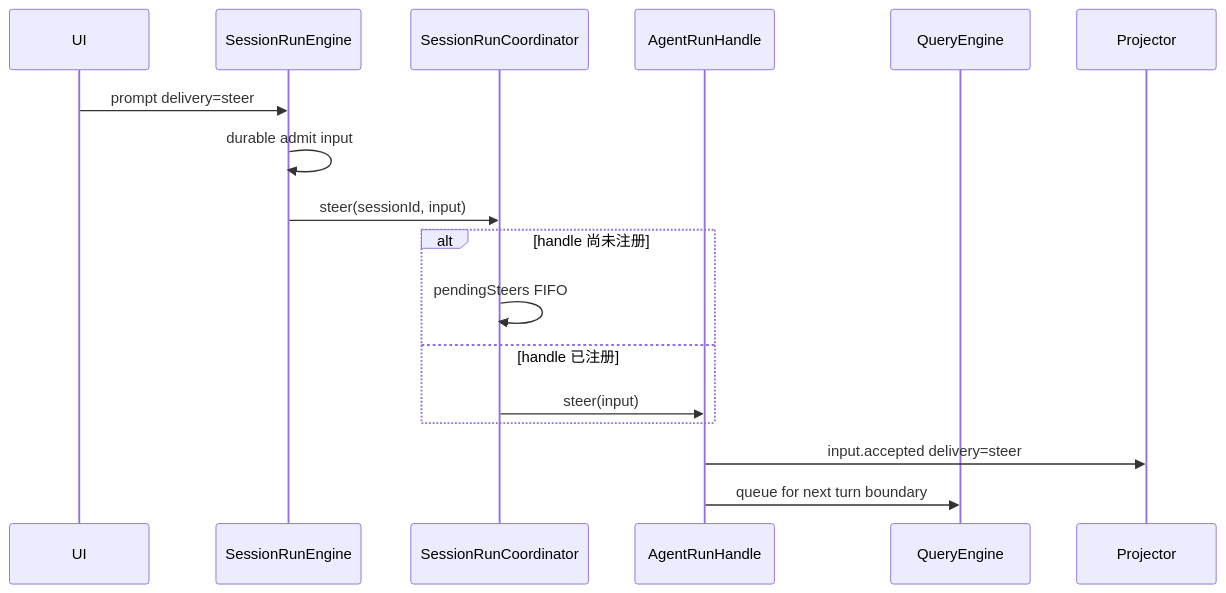
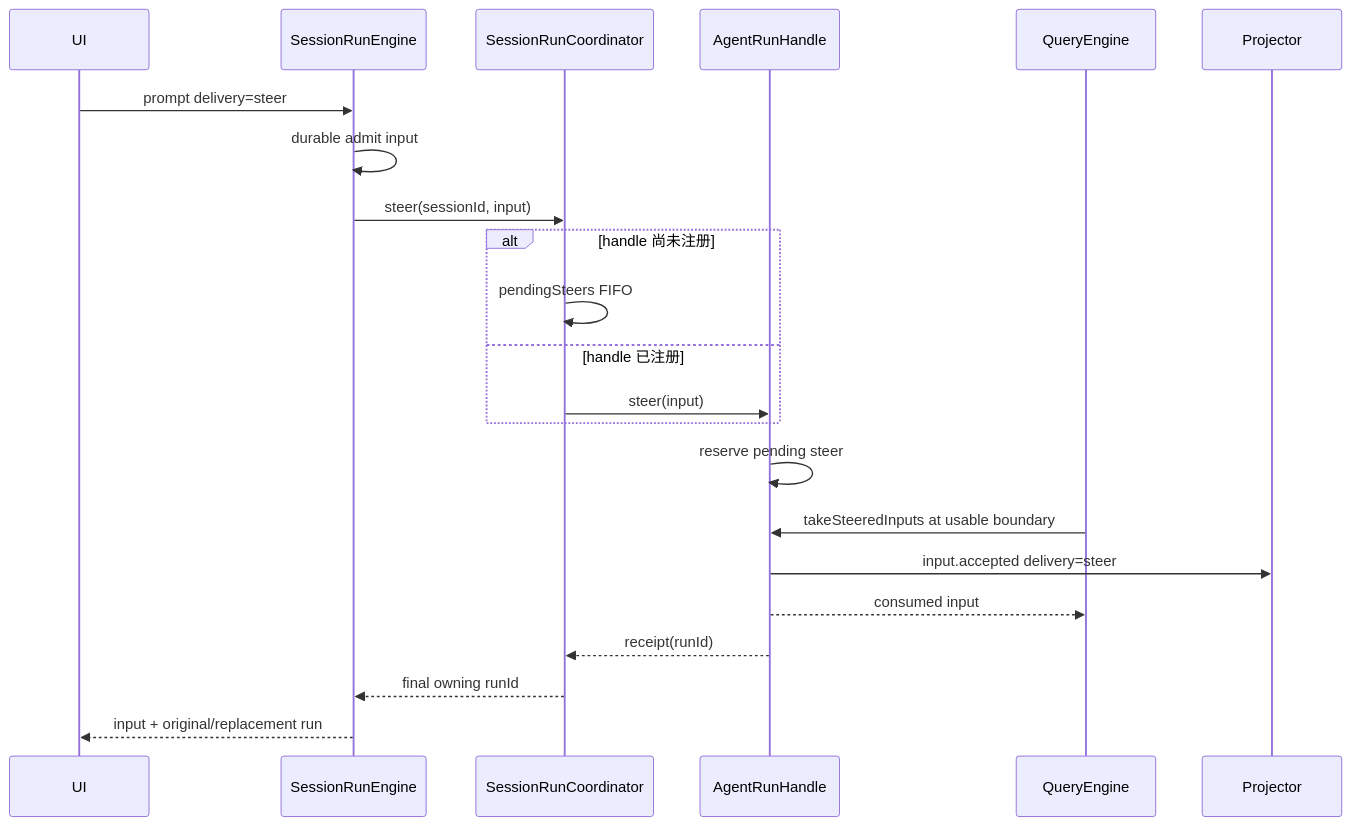
The third of 4 diagrams in docs/daemon-application-architecture.md (rzx007/openharness-ts), drawn with Mermaid before and after one commit. The commit also changed other lines of this file and 4 other files, not shown here.

````diff
--- a/docs/daemon-application-architecture.md
+++ b/docs/daemon-application-architecture.md
@@ -184,20 +184,25 @@
 ```mermaid
 sequenceDiagram
   participant UI
   participant Engine as SessionRunEngine
   participant Lane as SessionRunCoordinator
   participant Run as AgentRunHandle
   participant QE as QueryEngine
   participant Projector
 
   UI->>Engine: prompt delivery=steer
   Engine->>Engine: durable admit input
   Engine->>Lane: steer(sessionId, input)
   alt handle 尚未注册
     Lane->>Lane: pendingSteers FIFO
   else handle 已注册
     Lane->>Run: steer(input)
   end
+  Run->>Run: reserve pending steer
+  QE->>Run: takeSteeredInputs at usable boundary
   Run->>Projector: input.accepted delivery=steer
-  Run->>QE: queue for next turn boundary
+  Run-->>QE: consumed input
+  Run-->>Lane: receipt(runId)
+  Lane-->>Engine: final owning runId
+  Engine-->>UI: input + original/replacement run
 ```
````
